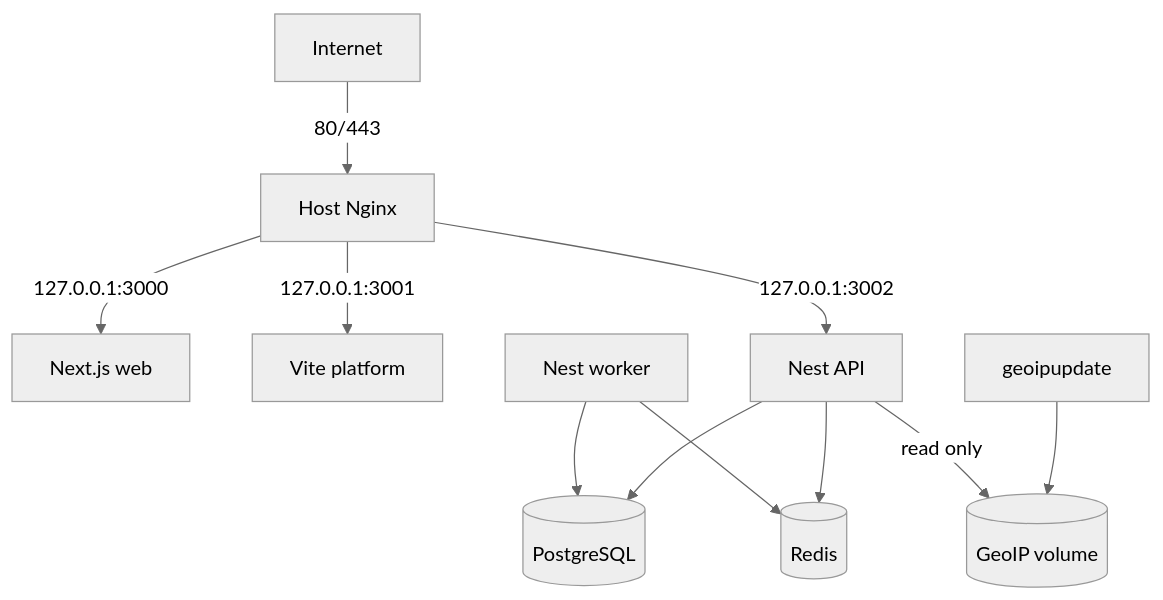
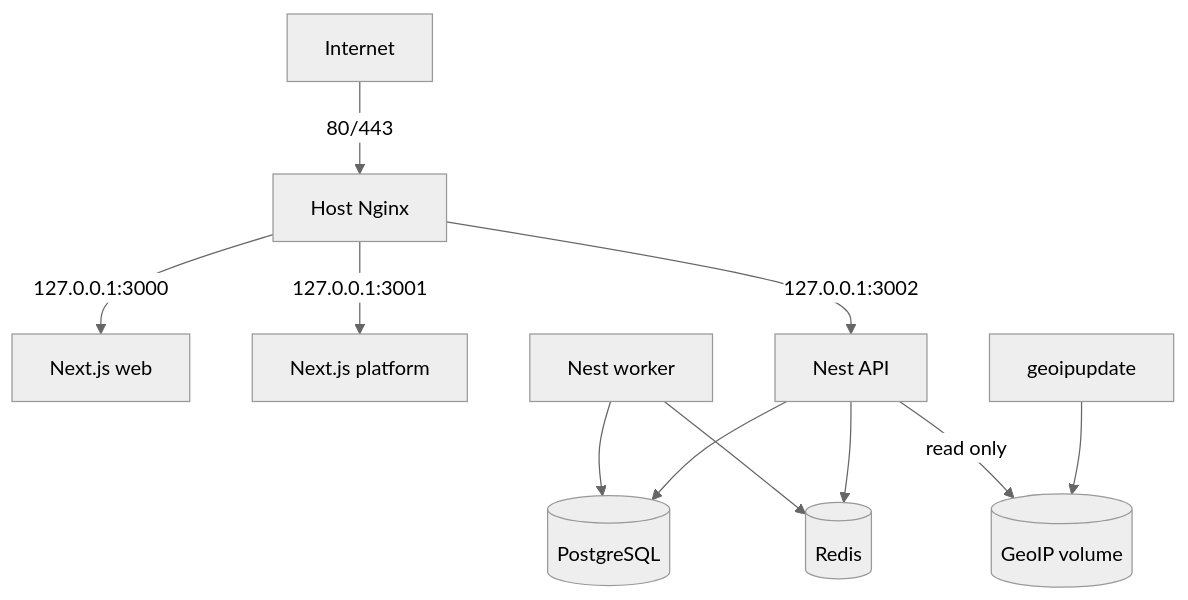
Before and after one commit to adnanalmahmut/ai-agent: the first of 3 diagrams in docs/architecture.md, drawn with Mermaid (neutral theme). The commit also changed 121 other files, not shown here.

Commit message:
refactor(platform): establish Next App Router foundation

````diff
--- a/docs/architecture.md
+++ b/docs/architecture.md
@@ -7,13 +7,13 @@
 ```mermaid
 flowchart TB
   I[Internet] -->|80/443| N[Host Nginx]
   N -->|127.0.0.1:3000| W[Next.js web]
-  N -->|127.0.0.1:3001| P[Vite platform]
+  N -->|127.0.0.1:3001| P[Next.js platform]
   N -->|127.0.0.1:3002| A[Nest API]
   A --> D[(PostgreSQL)]
   A --> R[(Redis)]
   X[Nest worker] --> D
   X --> R
   G[geoipupdate] --> M[(GeoIP volume)]
   A -->|read only| M
 ```
````
